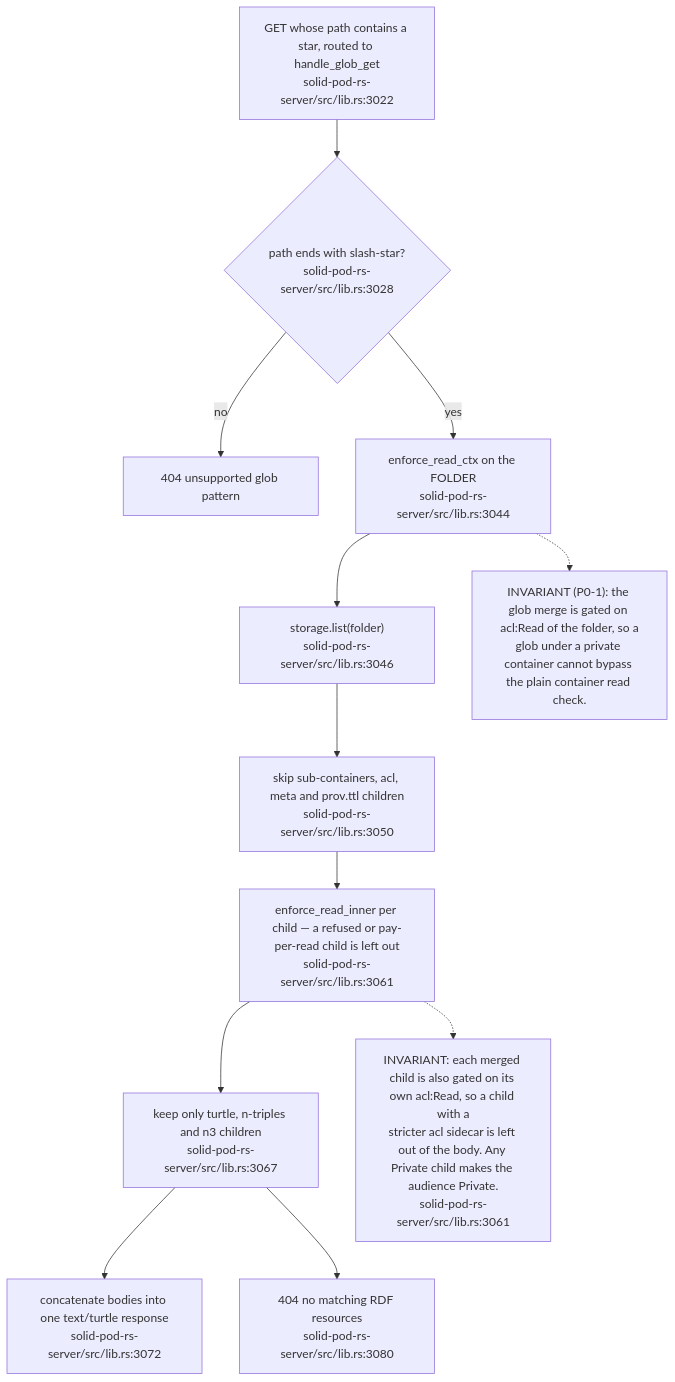
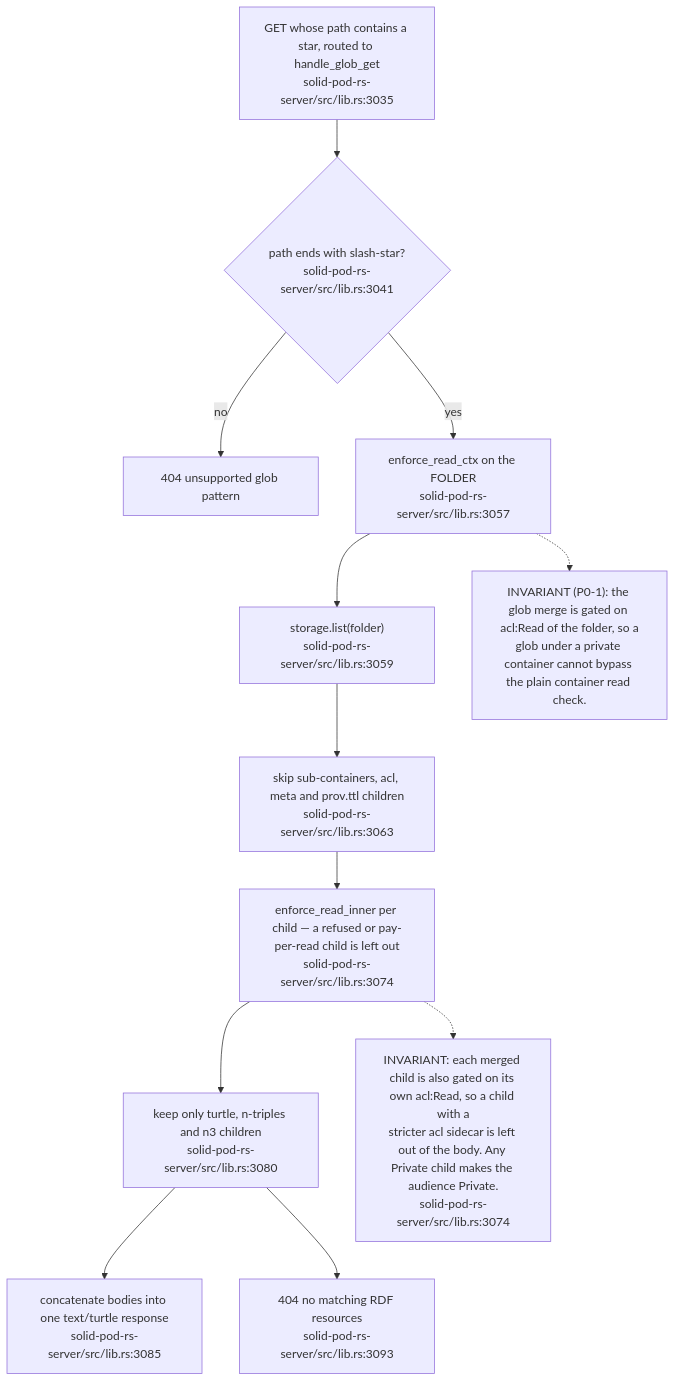
The eighth of 11 diagrams in docs/diagrams/solid-pod-rs/03-ldp-request-lifecycle.md (DreamLab-AI/VisionFlow), drawn with Mermaid before and after one commit. The commit also changed other lines of this file and 47 other files, not shown here.

````diff
--- a/docs/diagrams/solid-pod-rs/03-ldp-request-lifecycle.md
+++ b/docs/diagrams/solid-pod-rs/03-ldp-request-lifecycle.md
@@ -256,23 +265,23 @@
 ```mermaid
 flowchart TD
-    IN["GET whose path contains a star, routed to handle_glob_get<br/>solid-pod-rs-server/src/lib.rs:3022"]
-    PAT{"path ends with slash-star?<br/>solid-pod-rs-server/src/lib.rs:3028"}
+    IN["GET whose path contains a star, routed to handle_glob_get<br/>solid-pod-rs-server/src/lib.rs:3035"]
+    PAT{"path ends with slash-star?<br/>solid-pod-rs-server/src/lib.rs:3041"}
     NF["404 unsupported glob pattern"]
-    GATE["enforce_read_ctx on the FOLDER<br/>solid-pod-rs-server/src/lib.rs:3044"]
-    LIST["storage.list(folder)<br/>solid-pod-rs-server/src/lib.rs:3046"]
-    SKIP["skip sub-containers, acl, meta and prov.ttl children<br/>solid-pod-rs-server/src/lib.rs:3050"]
-    CHILD["enforce_read_inner per child — a refused or pay-per-read child is left out<br/>solid-pod-rs-server/src/lib.rs:3061"]
-    FILTER["keep only turtle, n-triples and n3 children<br/>solid-pod-rs-server/src/lib.rs:3067"]
-    MERGE["concatenate bodies into one text/turtle response<br/>solid-pod-rs-server/src/lib.rs:3072"]
-    EMPTY["404 no matching RDF resources<br/>solid-pod-rs-server/src/lib.rs:3080"]
+    GATE["enforce_read_ctx on the FOLDER<br/>solid-pod-rs-server/src/lib.rs:3057"]
+    LIST["storage.list(folder)<br/>solid-pod-rs-server/src/lib.rs:3059"]
+    SKIP["skip sub-containers, acl, meta and prov.ttl children<br/>solid-pod-rs-server/src/lib.rs:3063"]
+    CHILD["enforce_read_inner per child — a refused or pay-per-read child is left out<br/>solid-pod-rs-server/src/lib.rs:3074"]
+    FILTER["keep only turtle, n-triples and n3 children<br/>solid-pod-rs-server/src/lib.rs:3080"]
+    MERGE["concatenate bodies into one text/turtle response<br/>solid-pod-rs-server/src/lib.rs:3085"]
+    EMPTY["404 no matching RDF resources<br/>solid-pod-rs-server/src/lib.rs:3093"]
 
     IN --> PAT
     PAT -- no --> NF
     PAT -- yes --> GATE --> LIST --> SKIP --> CHILD --> FILTER --> MERGE
     FILTER --> EMPTY
 
     N["INVARIANT (P0-1): the glob merge is gated on acl:Read of the folder, so a<br/>glob under a private container cannot bypass the plain container read check."]
     GATE -.-> N
-    N2["INVARIANT: each merged child is also gated on its own acl:Read, so a child with a<br/>stricter acl sidecar is left out of the body. Any Private child makes the audience Private.<br/>solid-pod-rs-server/src/lib.rs:3061"]
+    N2["INVARIANT: each merged child is also gated on its own acl:Read, so a child with a<br/>stricter acl sidecar is left out of the body. Any Private child makes the audience Private.<br/>solid-pod-rs-server/src/lib.rs:3074"]
     CHILD -.-> N2
 ```
````
